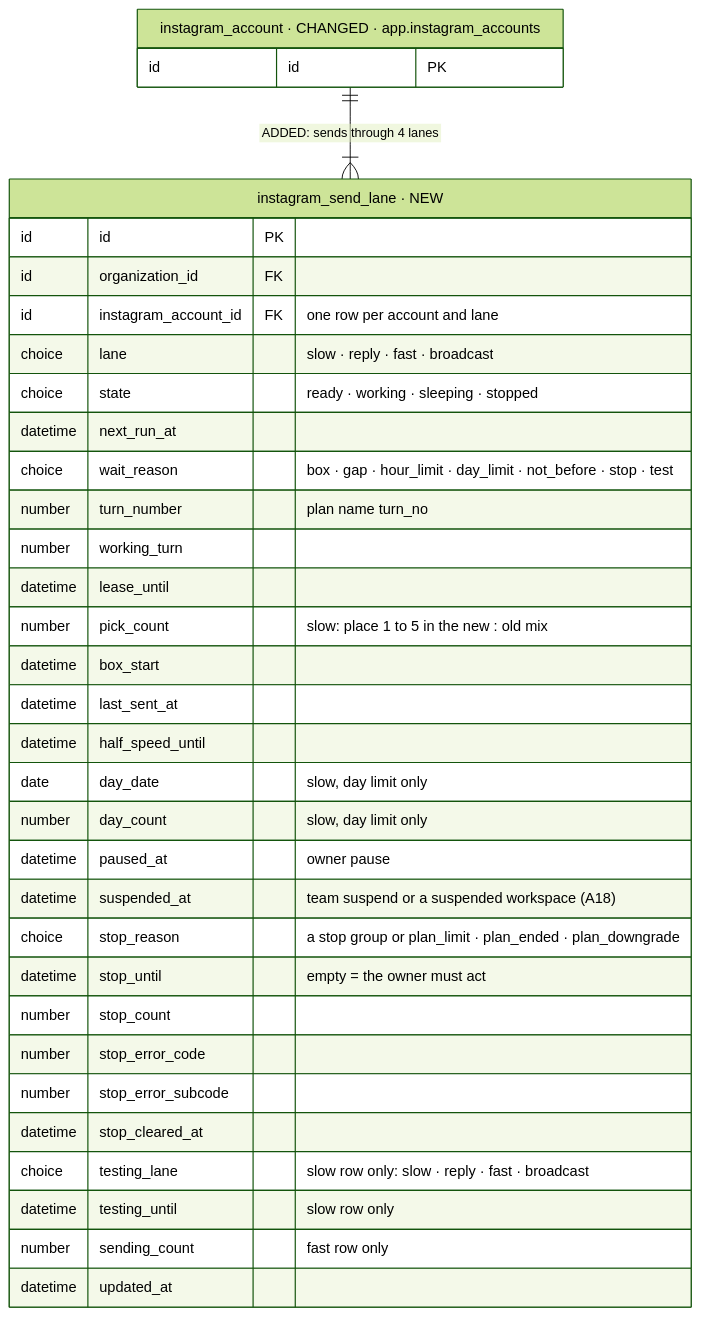
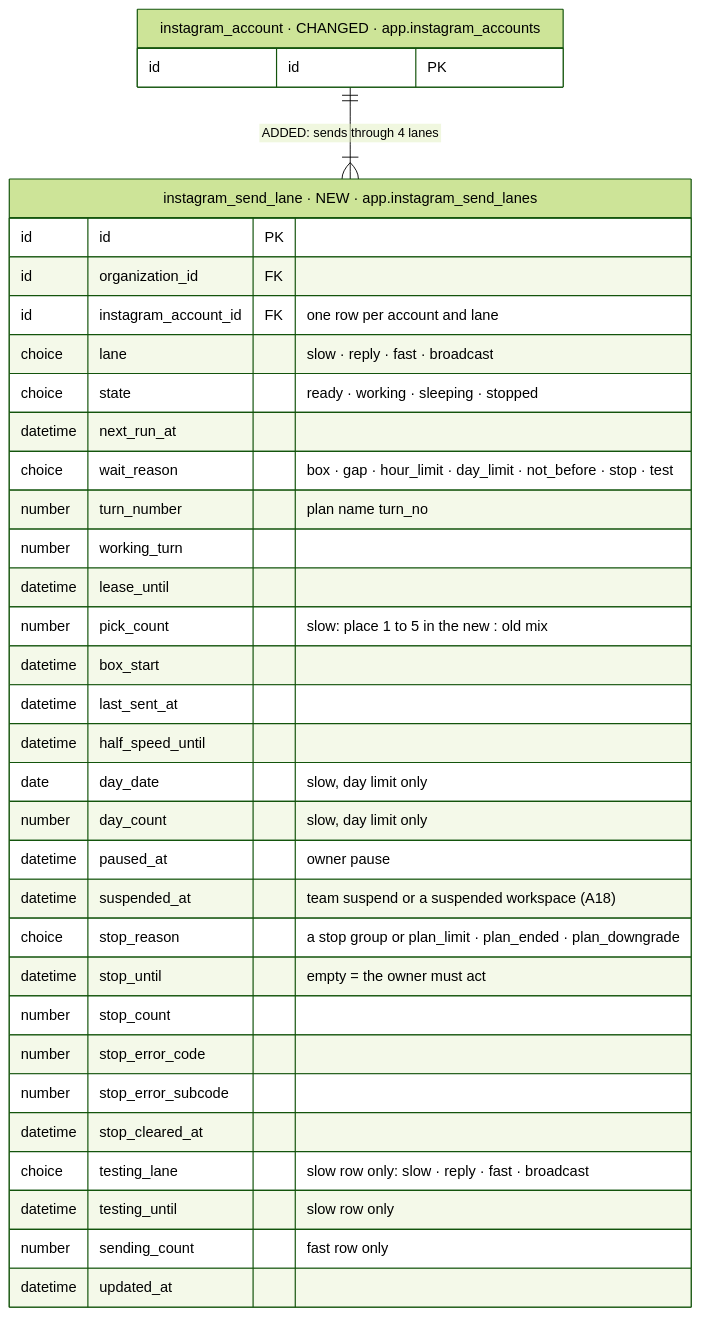
Before and after one commit to albetrios/meepzo-be: diagram 22 of 39 in iterations/feat-instagram-dm-sending-2026-11-23-oxak/plans/db-changes.md, drawn with Mermaid (forest theme). The commit also changed other lines of this file and 3 other files, not shown here.

````diff
--- a/iterations/feat-instagram-dm-sending-2026-11-23-oxak/plans/db-changes.md
+++ b/iterations/feat-instagram-dm-sending-2026-11-23-oxak/plans/db-changes.md
@@ -1054,37 +1022,37 @@
 ```mermaid
 erDiagram
-  instagram_send_lane["instagram_send_lane · NEW"] {
+  instagram_send_lane["instagram_send_lane · NEW · app.instagram_send_lanes"] {
     id id PK
     id organization_id FK
     id instagram_account_id FK "one row per account and lane"
     choice lane "slow · reply · fast · broadcast"
     choice state "ready · working · sleeping · stopped"
     datetime next_run_at
     choice wait_reason "box · gap · hour_limit · day_limit · not_before · stop · test"
     number turn_number "plan name turn_no"
     number working_turn
     datetime lease_until
     number pick_count "slow: place 1 to 5 in the new : old mix"
     datetime box_start
     datetime last_sent_at
     datetime half_speed_until
     date day_date "slow, day limit only"
     number day_count "slow, day limit only"
     datetime paused_at "owner pause"
     datetime suspended_at "team suspend or a suspended workspace (A18)"
     choice stop_reason "a stop group or plan_limit · plan_ended · plan_downgrade"
     datetime stop_until "empty = the owner must act"
     number stop_count
     number stop_error_code
     number stop_error_subcode
     datetime stop_cleared_at
     choice testing_lane "slow row only: slow · reply · fast · broadcast"
     datetime testing_until "slow row only"
     number sending_count "fast row only"
     datetime updated_at
   }
   instagram_account["instagram_account · CHANGED · app.instagram_accounts"] {
     id id PK
   }
   instagram_account ||--|{ instagram_send_lane : "ADDED: sends through 4 lanes"
 ```
````
